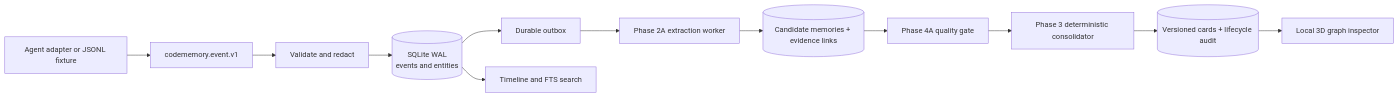
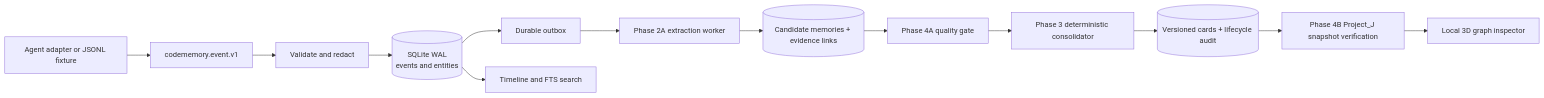
Before and after one commit to sixsixla/codeSementicMemory: the diagram in README.md, drawn with Mermaid. The commit also changed other lines of this file and 21 other files, not shown here.

Commit message:
完成 Phase 4B Project_J 代码绑定验证

````diff
--- a/README.md
+++ b/README.md
@@ -67,14 +87,15 @@
 ```mermaid
 flowchart LR
     A[Agent adapter or JSONL fixture] --> B[codememory.event.v1]
     B --> C[Validate and redact]
     C --> D[(SQLite WAL<br/>events and entities)]
     D --> E[Durable outbox]
     D --> F[Timeline and FTS search]
     E --> G[Phase 2A extraction worker]
     G --> H[(Candidate memories + evidence links)]
     H --> I[Phase 4A quality gate]
     I --> J[Phase 3 deterministic consolidator]
     J --> K[(Versioned cards + lifecycle audit)]
-    K --> L[Local 3D graph inspector]
+    K --> V[Phase 4B Project_J snapshot verification]
+    V --> L[Local 3D graph inspector]
 ```
````
